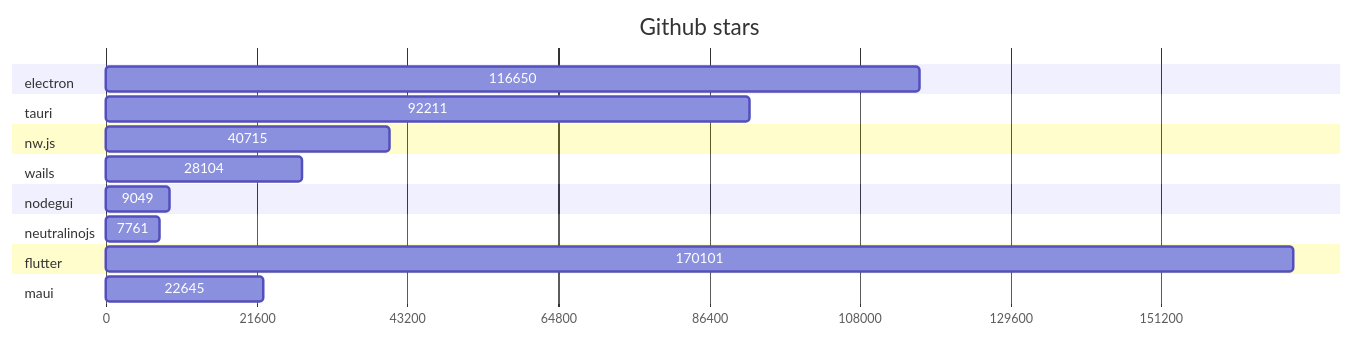
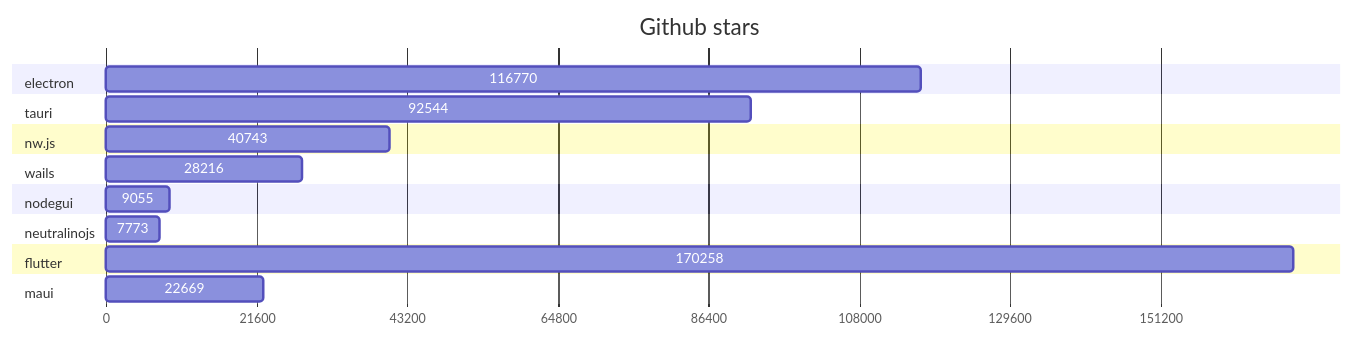
One commit to Elanis/web-to-desktop-framework-comparison changed the first of 2 diagrams in GRAPHS.md. Above: the diagram before and after it, drawn with Mermaid. The commit also changed other lines of this file and 2 other files, not shown here.

Commit message:
Update stars & Fork

````diff
--- a/GRAPHS.md
+++ b/GRAPHS.md
@@ -5,40 +5,40 @@
 ```mermaid
 gantt
     title Github stars
     dateFormat  X
     axisFormat %s
 
 
 	section electron
-	116650 : 0, 116650
+	116770 : 0, 116770
 
 	
 	section tauri
-	92211 : 0, 92211
+	92544 : 0, 92544
 
 	
 	section nw.js
-	40715 : 0, 40715
+	40743 : 0, 40743
 
 	
 	section wails
-	28104 : 0, 28104
+	28216 : 0, 28216
 
 	
 	section nodegui
-	9049 : 0, 9049
+	9055 : 0, 9055
 
 	
 	section neutralinojs
-	7761 : 0, 7761
+	7773 : 0, 7773
 
 	
 	section flutter
-	170101 : 0, 170101
+	170258 : 0, 170258
 
 	
 	section maui
-	22645 : 0, 22645
+	22669 : 0, 22669
 
 	
 ```
````
